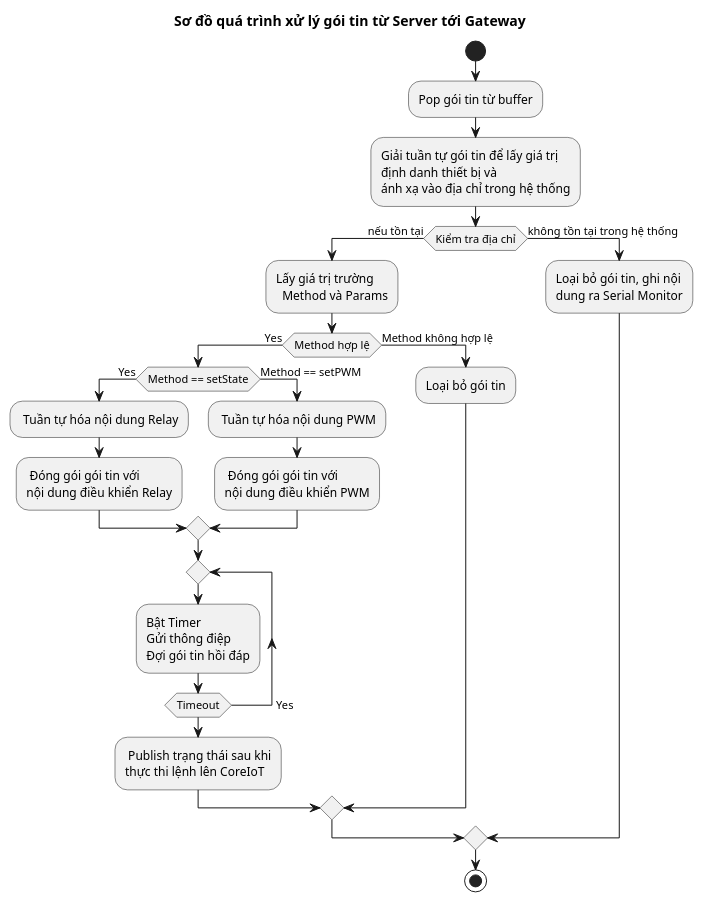
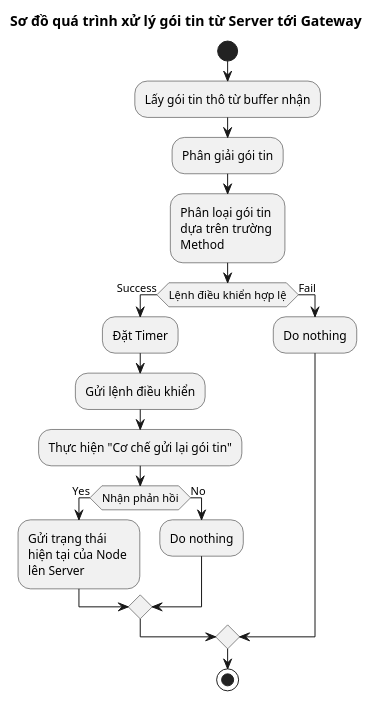
One commit to laduc11/light_system_iot changed the first of 3 diagrams in design/src/server_gw.wsd. Above: the diagram before and after it, drawn with PlantUML. The commit also changed other lines of this file and 10 other files, not shown here.

Commit message:
Refactor activity diagrams relate to mesage processing in node, gateway

```diff
--- a/design/src/server_gw.wsd
+++ b/design/src/server_gw.wsd
@@ -1,42 +1,27 @@
-@startuml gateway_ack
+@startuml gateway_server
 title Sơ đồ quá trình xử lý gói tin từ Server tới Gateway
 
 start
-    :Pop gói tin từ buffer;
-    :Giải tuần tự gói tin để lấy giá trị
-    định danh thiết bị và
-    ánh xạ vào địa chỉ trong hệ thống;
+    :Lấy gói tin thô từ buffer nhận;
+    :Phân giải gói tin;
+    :Phân loại gói tin 
+    dựa trên trường 
+    Method;
 
-    ' note right
-    '     Chỉ có gateway mới xử lý gói tin này
-    ' end note
+    if (Lệnh điều khiển hợp lệ) then (Success)
+        :Đặt Timer;
+        :Gửi lệnh điều khiển;
+        :Thực hiện "Cơ chế gửi lại gói tin";
 
-    if (Kiểm tra địa chỉ) then (nếu tồn tại)
-        :Lấy giá trị trường
-          Method và Params;
-        if (Method hợp lệ) then (Yes)
-            if (Method == setState) then (Yes)
-                : Tuần tự hóa nội dung Relay;
-                : Đóng gói gói tin với
-                nội dung điều khiển Relay;
-            else (Method == setPWM)
-                : Tuần tự hóa nội dung PWM;
-                : Đóng gói gói tin với
-                nội dung điều khiển PWM;
-            endif
-            repeat
-                :Bật Timer
-                Gửi thông điệp
-                Đợi gói tin hồi đáp;
-            repeat while (Timeout)->Yes
-            : Publish trạng thái sau khi
-            thực thi lệnh lên CoreIoT;
-        else (Method không hợp lệ)
-            :Loại bỏ gói tin;
+        if (Nhận phản hồi) then (Yes)
+            :Gửi trạng thái 
+            hiện tại của Node 
+            lên Server;
+        else (No)
+            :Do nothing;
         endif
-    else (không tồn tại trong hệ thống)
-        :Loại bỏ gói tin, ghi nội
-        dung ra Serial Monitor;
+    else (Fail)
+        :Do nothing;
     endif
 stop
 @enduml
```
